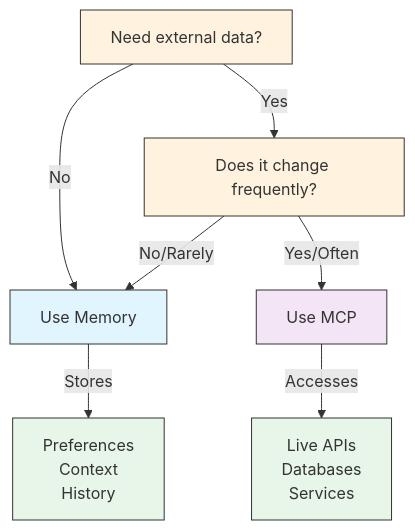
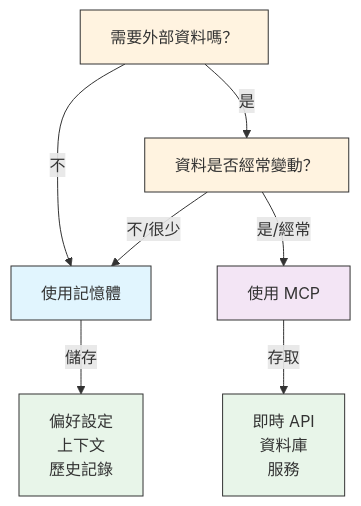
The fourth of 7 diagrams in 05-mcp/README.md (huckly/claude-howto-zh-tw), drawn with Mermaid before and after one commit. The commit also changed other lines of this file, not shown here.

Commit message:
🔌 05-mcp：MCP Protocol — 同步上游更新並翻譯

````diff
--- a/05-mcp/README.md
+++ b/05-mcp/README.md
@@ -561,18 +554,18 @@
 ```mermaid
 graph TD
-    A["Need external data?"]
-    A -->|No| B["Use Memory"]
-    A -->|Yes| C["Does it change frequently?"]
-    C -->|No/Rarely| B
-    C -->|Yes/Often| D["Use MCP"]
+    A["需要外部資料嗎？"]
+    A -->|不| B["使用記憶體"]
+    A -->|是| C["資料是否經常變動？"]
+    C -->|不/很少| B
+    C -->|是/經常| D["使用 MCP"]
 
-    B -->|Stores| E["Preferences<br/>Context<br/>History"]
-    D -->|Accesses| F["Live APIs<br/>Databases<br/>Services"]
+    B -->|儲存| E["偏好設定<br/>上下文<br/>歷史記錄"]
+    D -->|存取| F["即時 API<br/>資料庫<br/>服務"]
 
     style A fill:#fff3e0,stroke:#333,color:#333
     style B fill:#e1f5fe,stroke:#333,color:#333
     style C fill:#fff3e0,stroke:#333,color:#333
     style D fill:#f3e5f5,stroke:#333,color:#333
     style E fill:#e8f5e9,stroke:#333,color:#333
     style F fill:#e8f5e9,stroke:#333,color:#333
 ```
````
